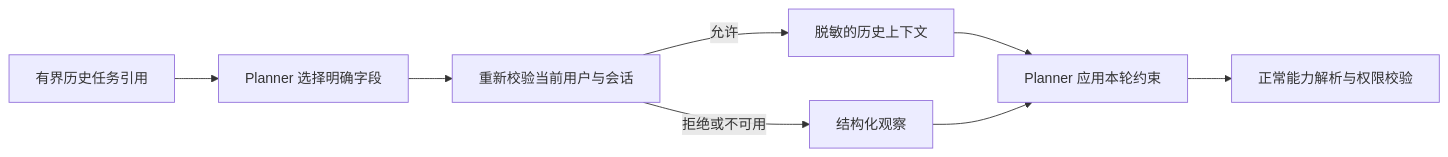
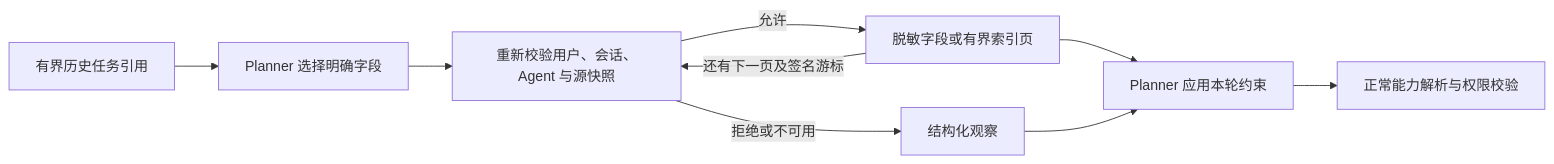
Before and after one commit to MatrixCoreX/RustClaw: the first of 5 diagrams in docs/architecture/03-task-state-context.zh-CN.md, drawn with Mermaid. The commit also changed other lines of this file and 30 other files, not shown here.

````diff
--- a/docs/architecture/03-task-state-context.zh-CN.md
+++ b/docs/architecture/03-task-state-context.zh-CN.md
@@ -37,10 +47,11 @@
 ```mermaid
 flowchart LR
     A[有界历史任务引用] --> B[Planner 选择明确字段]
-    B --> C[重新校验当前用户与会话]
-    C -->|允许| D[脱敏的历史上下文]
+    B --> C[重新校验用户、会话、Agent 与源快照]
+    C -->|允许| D[脱敏字段或有界索引页]
+    D -->|还有下一页及签名游标| C
     C -->|拒绝或不可用| E[结构化观察]
     D --> F[Planner 应用本轮约束]
     F --> G[正常能力解析与权限校验]
     E --> F
 ```
````
